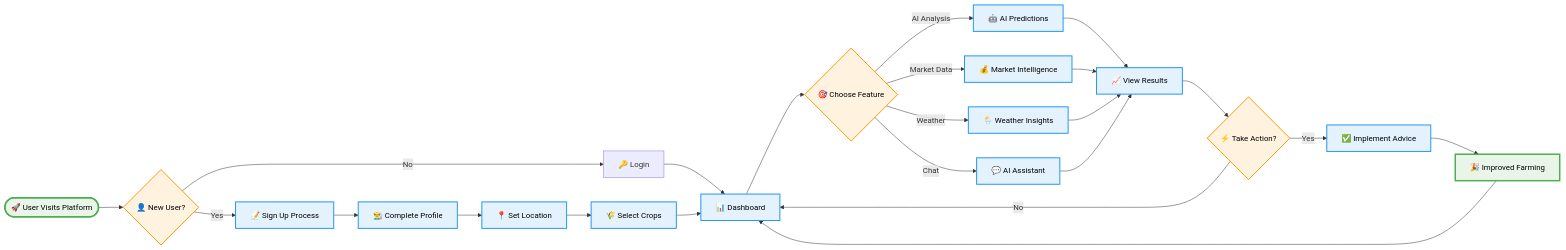
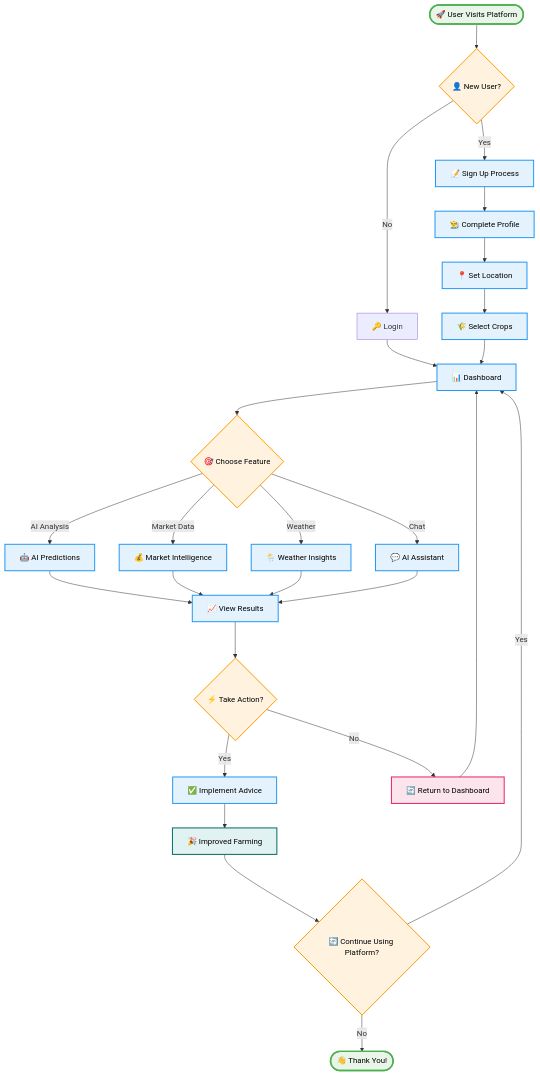
One commit to KGFCH2/CropAI_India changed the fifth of 9 diagrams in README.md. Above: the diagram before and after it, drawn with Mermaid.

Commit message:
Update User Journey Flowchart

````diff
--- a/README.md
+++ b/README.md
@@ -470,42 +470,52 @@
 ```mermaid
-flowchart LR
-    Start([🚀 User Visits Platform]) --> Register{👤 New User?}
+flowchart TD
+    Start([🚀 User Visits Platform])
+    
+    Start --> Register{👤 New User?}
     
     Register -->|Yes| Signup[📝 Sign Up Process]
     Register -->|No| Login[🔑 Login]
     
     Signup --> Profile[👨‍🌾 Complete Profile]
     Profile --> Location[📍 Set Location]
     Location --> Crops[🌾 Select Crops]
     
     Login --> Dashboard[📊 Dashboard]
     Crops --> Dashboard
     
     Dashboard --> Features{🎯 Choose Feature}
     
     Features -->|AI Analysis| AIPath[🤖 AI Predictions]
     Features -->|Market Data| MarketPath[💰 Market Intelligence]
     Features -->|Weather| WeatherPath[🌦️ Weather Insights]
     Features -->|Chat| ChatPath[💬 AI Assistant]
     
     AIPath --> Results[📈 View Results]
     MarketPath --> Results
     WeatherPath --> Results
     ChatPath --> Results
     
     Results --> Action{⚡ Take Action?}
+    
     Action -->|Yes| Implement[✅ Implement Advice]
-    Action -->|No| Dashboard
+    Action -->|No| BackToDash[🔄 Return to Dashboard]
     
     Implement --> Success[🎉 Improved Farming]
-    Success --> Dashboard
+    BackToDash --> Dashboard
+    Success --> Continue{🔄 Continue Using Platform?}
+    
+    Continue -->|Yes| Dashboard
+    Continue -->|No| End([👋 Thank You!])
     
     classDef startEnd fill:#e8f5e8,stroke:#4caf50,stroke-width:3px,color:#000
     classDef process fill:#e3f2fd,stroke:#2196f3,stroke-width:2px,color:#000
     classDef decision fill:#fff3e0,stroke:#ff9800,stroke-width:2px,color:#000
     classDef success fill:#e0f2f1,stroke:#00695c,stroke-width:2px,color:#000
+    classDef return fill:#fce4ec,stroke:#e91e63,stroke-width:2px,color:#000
     
-    class Start,Success startEnd
+    class Start,End startEnd
     class Signup,Profile,Location,Crops,Dashboard,AIPath,MarketPath,WeatherPath,ChatPath,Results,Implement process
-    class Register,Features,Action decision
+    class Register,Features,Action,Continue decision
+    class Success success
+    class BackToDash return
 ```
````
